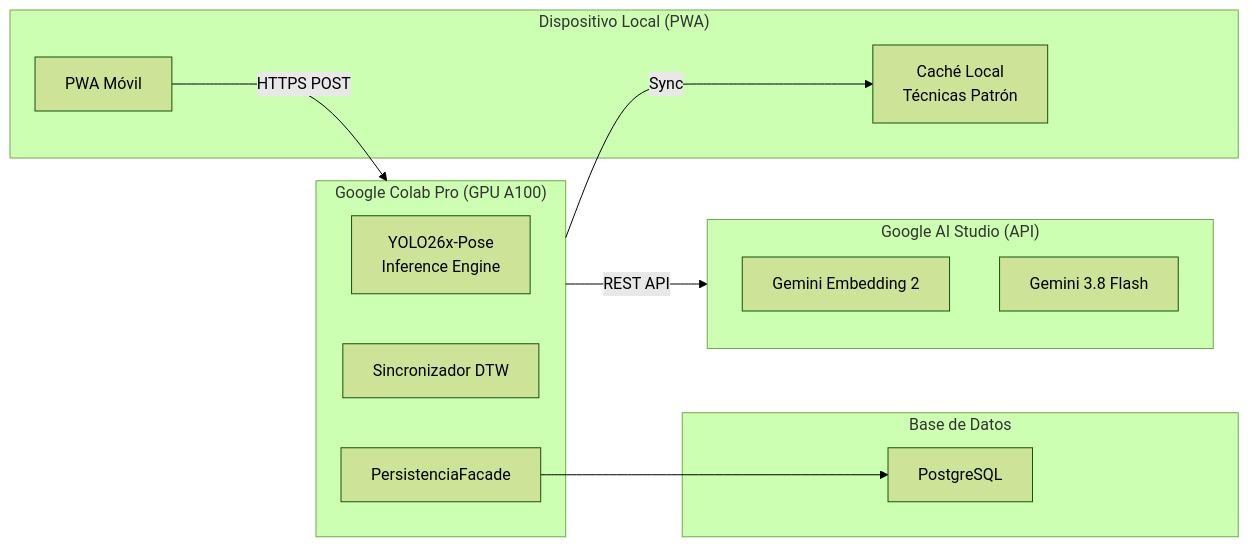
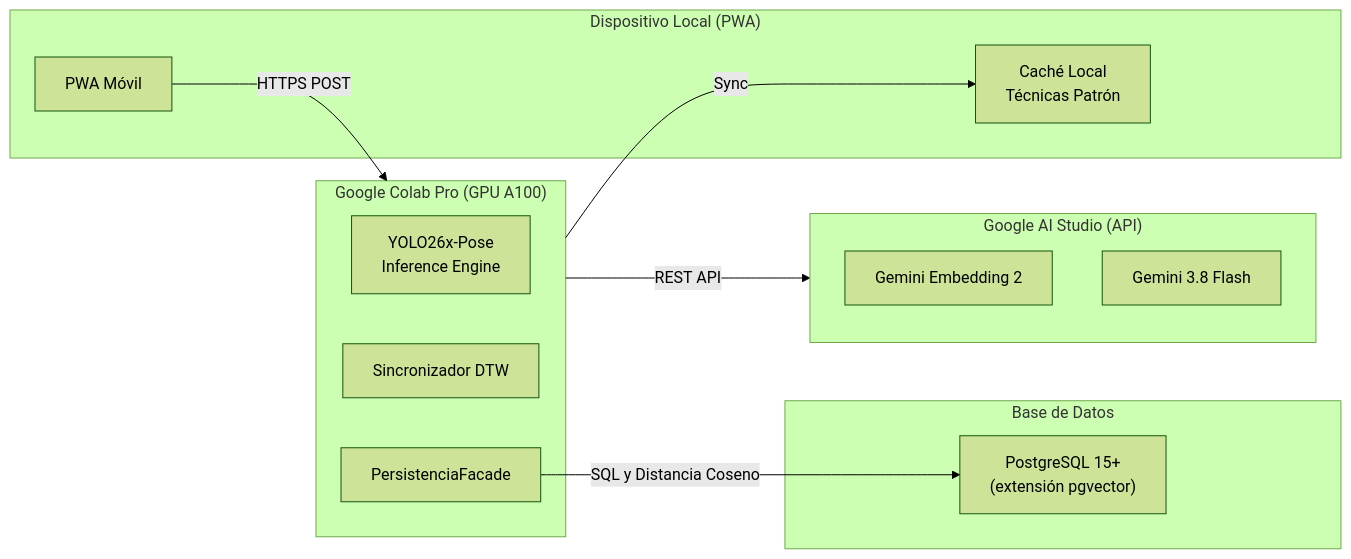
One commit to Tsmrain/JiuJitsu changed diagram 11 of 11 in README.md. Above: the diagram before and after it, drawn with Mermaid (forest theme). The commit also changed other lines of this file, not shown here.

Commit message:
docs: update README with kinematic imputation techniques, pgvector integration, and FiltroCinetico architectural documentation

````diff
--- a/README.md
+++ b/README.md
@@ -974,27 +990,27 @@
 ```mermaid
 graph LR
     subgraph Local["Dispositivo Local (PWA)"]
         PWA["PWA Móvil"]
         CACHE_LOCAL["Caché Local<br/>Técnicas Patrón"]
     end
 
     subgraph Colab["Google Colab Pro (GPU A100)"]
         YOLO_S["YOLO26x-Pose<br/>Inference Engine"]
         DTW_S["Sincronizador DTW"]
         PERS_S["PersistenciaFacade"]
     end
 
     subgraph Nube["Google AI Studio (API)"]
         GEM_EMB["Gemini Embedding 2"]
         GEM_GEN["Gemini 3.8 Flash"]
     end
 
     subgraph BD["Base de Datos"]
-        PG["PostgreSQL"]
+        PG["PostgreSQL 15+<br/>(extensión pgvector)"]
     end
 
     PWA -->|HTTPS POST| Colab
     Colab -->|REST API| Nube
-    PERS_S --> PG
+    PERS_S -->|SQL y Distancia Coseno| PG
     Colab -->|Sync| CACHE_LOCAL
 ```
````
